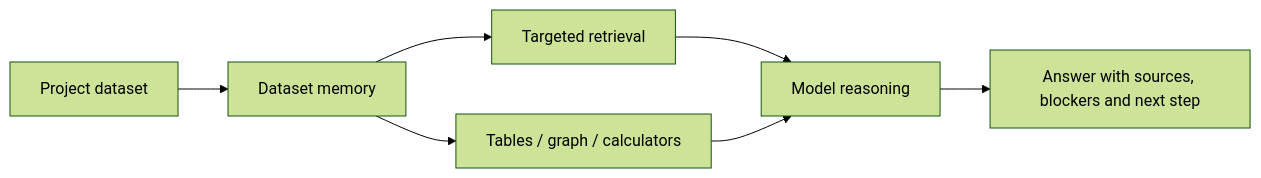
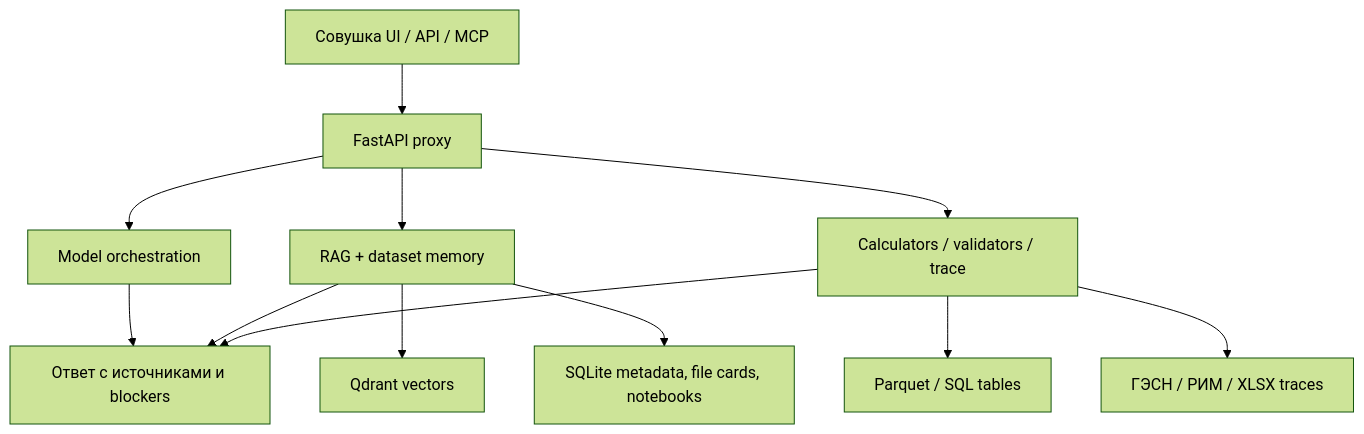
One commit to proovcme/les_rag_public changed the diagram in docs/index.md. Above: the diagram before and after it, drawn with Mermaid (forest theme). The commit also changed other lines of this file, not shown here.

````diff
--- a/docs/index.md
+++ b/docs/index.md
@@ -17,9 +39,14 @@
 ```mermaid
-flowchart LR
-    D["Project dataset"] --> N["Dataset memory"]
-    N --> R["Targeted retrieval"]
-    N --> T["Tables / graph / calculators"]
-    R --> M["Model reasoning"]
-    T --> M
-    M --> A["Answer with sources, blockers and next step"]
+flowchart TB
+    UI["Совушка UI / API / MCP"] --> Proxy["FastAPI proxy"]
+    Proxy --> LLM["Model orchestration"]
+    Proxy --> RAG["RAG + dataset memory"]
+    Proxy --> Calc["Calculators / validators / trace"]
+    RAG --> Qdrant["Qdrant vectors"]
+    RAG --> Meta["SQLite metadata, file cards, notebooks"]
+    Calc --> Tables["Parquet / SQL tables"]
+    Calc --> Smeta["ГЭСН / РИМ / XLSX traces"]
+    LLM --> Answer["Ответ с источниками и blockers"]
+    RAG --> Answer
+    Calc --> Answer
 ```
````
